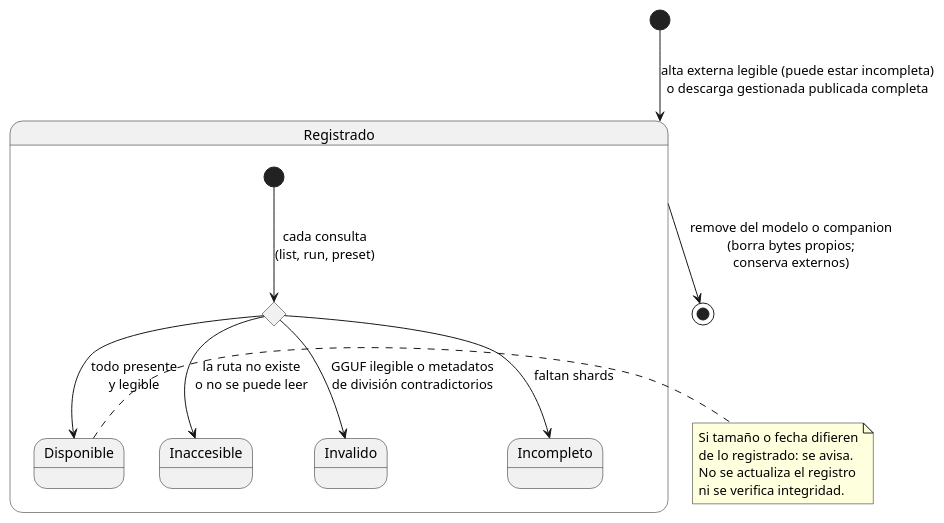
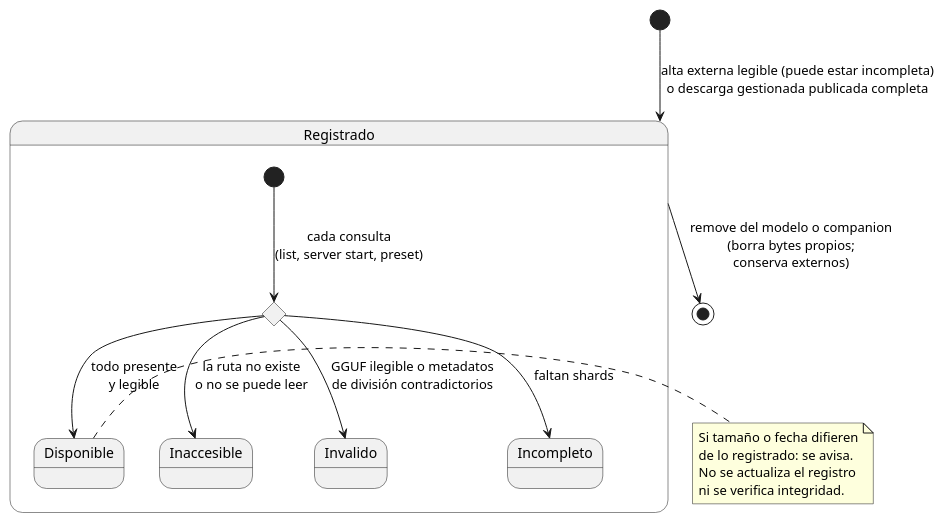
The second of 3 diagrams in docs/estados.md (mstranich/coquena), drawn with PlantUML before and after one commit. The commit also changed other lines of this file and 11 other files, not shown here.

````diff
--- a/docs/estados.md
+++ b/docs/estados.md
@@ -51,23 +53,23 @@
 ```plantuml
 @startuml
 [*] --> Registrado : alta externa legible (puede estar incompleta)\no descarga gestionada publicada completa
 
 state Registrado {
   state q <<choice>>
-  [*] --> q : cada consulta\n(list, run, preset)
+  [*] --> q : cada consulta\n(list, server start, preset)
   q --> Inaccesible : la ruta no existe\no no se puede leer
   q --> Invalido : GGUF ilegible o metadatos\nde división contradictorios
   q --> Incompleto : faltan shards
   q --> Disponible : todo presente\ny legible
 }
 
 Registrado --> [*] : remove del modelo o companion\n(borra bytes propios;\nconserva externos)
 
 note right of Disponible
   Si tamaño o fecha difieren
   de lo registrado: se avisa.
   No se actualiza el registro
   ni se verifica integridad.
 end note
 @enduml
 ```
````
